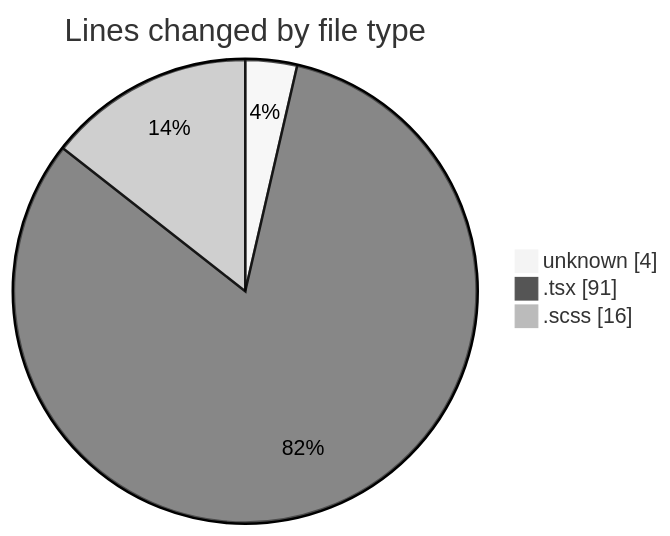
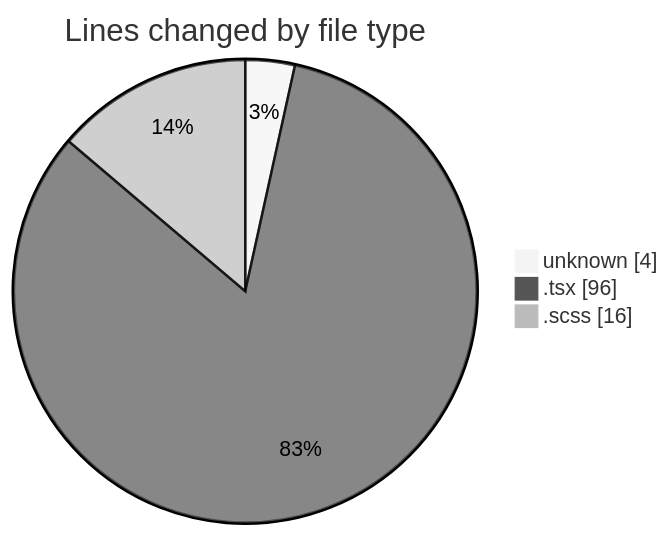
One commit to momahboobian/code-tracking changed the first of 2 diagrams in 2025-02-14/cda/README.md. Above: the diagram before and after it, drawn with Mermaid (neutral theme). The commit also changed other lines of this file and 1 other file, not shown here.

````diff
--- a/2025-02-14/cda/README.md
+++ b/2025-02-14/cda/README.md
@@ -22,7 +22,7 @@
 ```mermaid
 pie showData
 title Lines changed by file type
 "unknown" : 4
-".tsx" : 91
+".tsx" : 96
 ".scss" : 16
 ```
````
